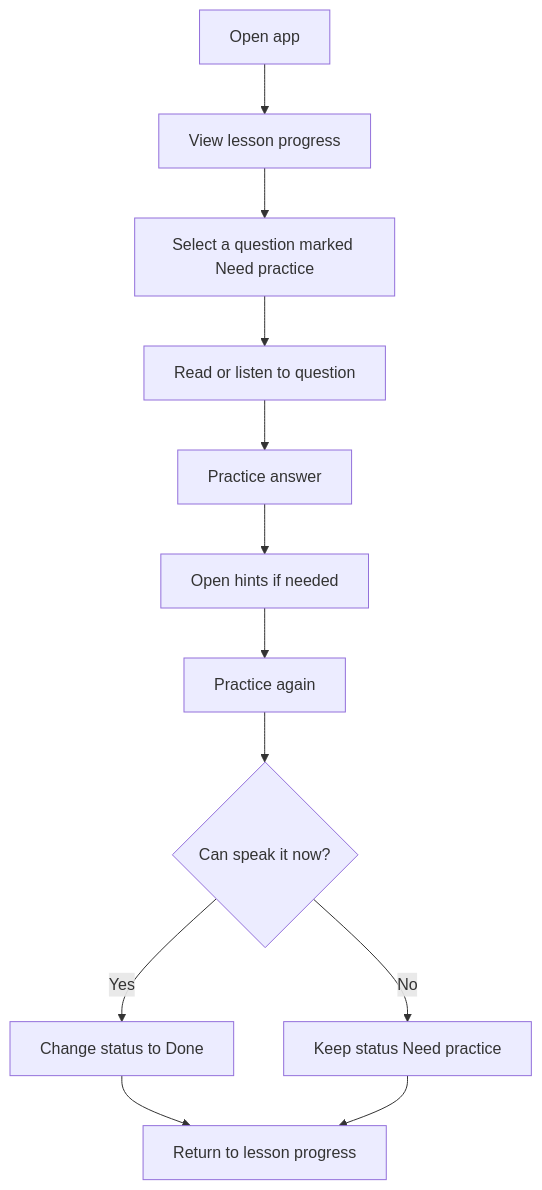
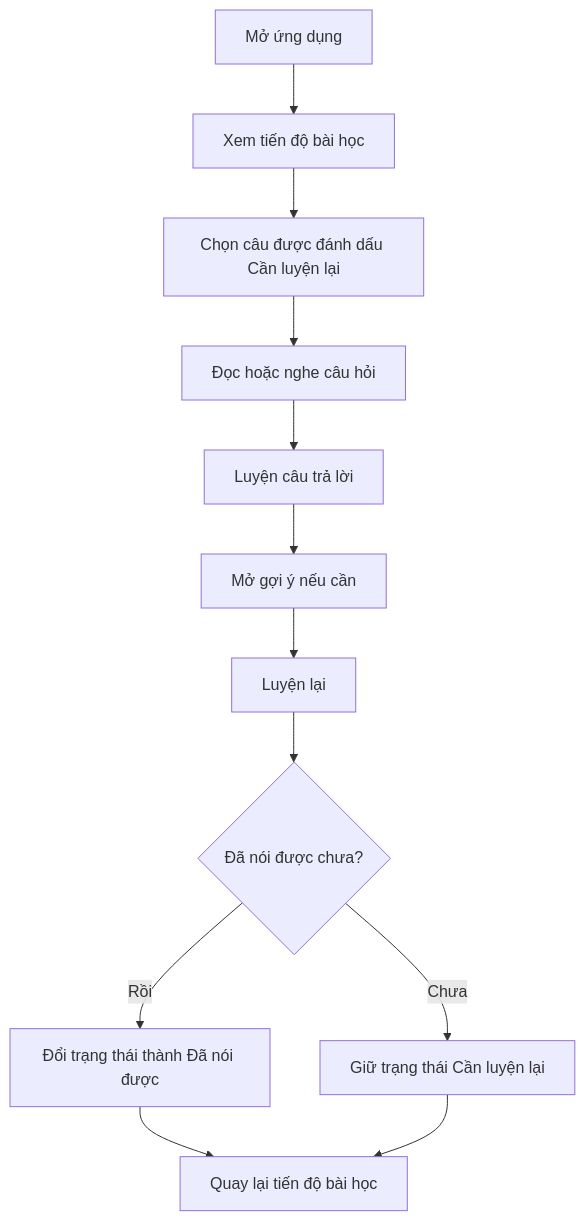
The second of 2 diagrams in docs/assignment1/assignment1-report.md (mobile-app-CO3043/interview-english), drawn with Mermaid before and after one commit. The commit also changed other lines of this file and 1 other file, not shown here.

````diff
--- a/docs/assignment1/assignment1-report.md
+++ b/docs/assignment1/assignment1-report.md
@@ -301,14 +301,14 @@
 ```mermaid
 flowchart TD
-    A[Open app] --> B[View lesson progress]
-    B --> C[Select a question marked Need practice]
-    C --> D[Read or listen to question]
-    D --> E[Practice answer]
-    E --> F[Open hints if needed]
-    F --> G[Practice again]
-    G --> H{Can speak it now?}
-    H -->|Yes| I[Change status to Done]
-    H -->|No| J[Keep status Need practice]
-    I --> K[Return to lesson progress]
+    A[Mở ứng dụng] --> B[Xem tiến độ bài học]
+    B --> C[Chọn câu được đánh dấu Cần luyện lại]
+    C --> D[Đọc hoặc nghe câu hỏi]
+    D --> E[Luyện câu trả lời]
+    E --> F[Mở gợi ý nếu cần]
+    F --> G[Luyện lại]
+    G --> H{Đã nói được chưa?}
+    H -->|Rồi| I[Đổi trạng thái thành Đã nói được]
+    H -->|Chưa| J[Giữ trạng thái Cần luyện lại]
+    I --> K[Quay lại tiến độ bài học]
     J --> K
 ```
````
